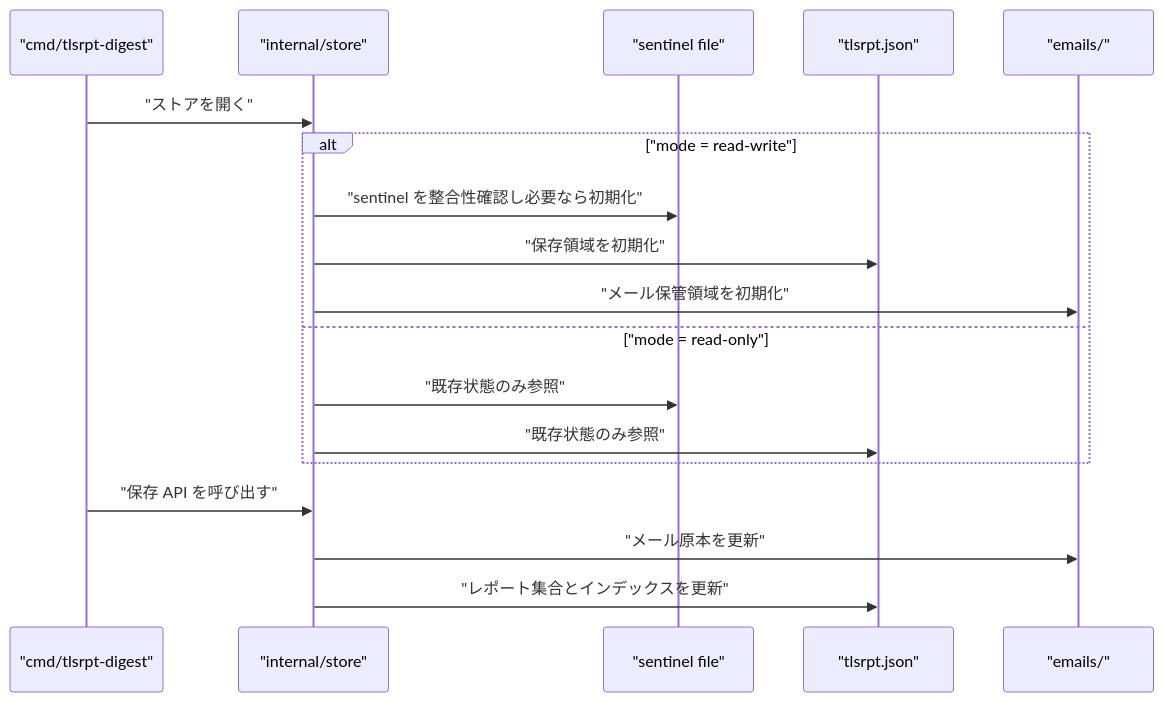
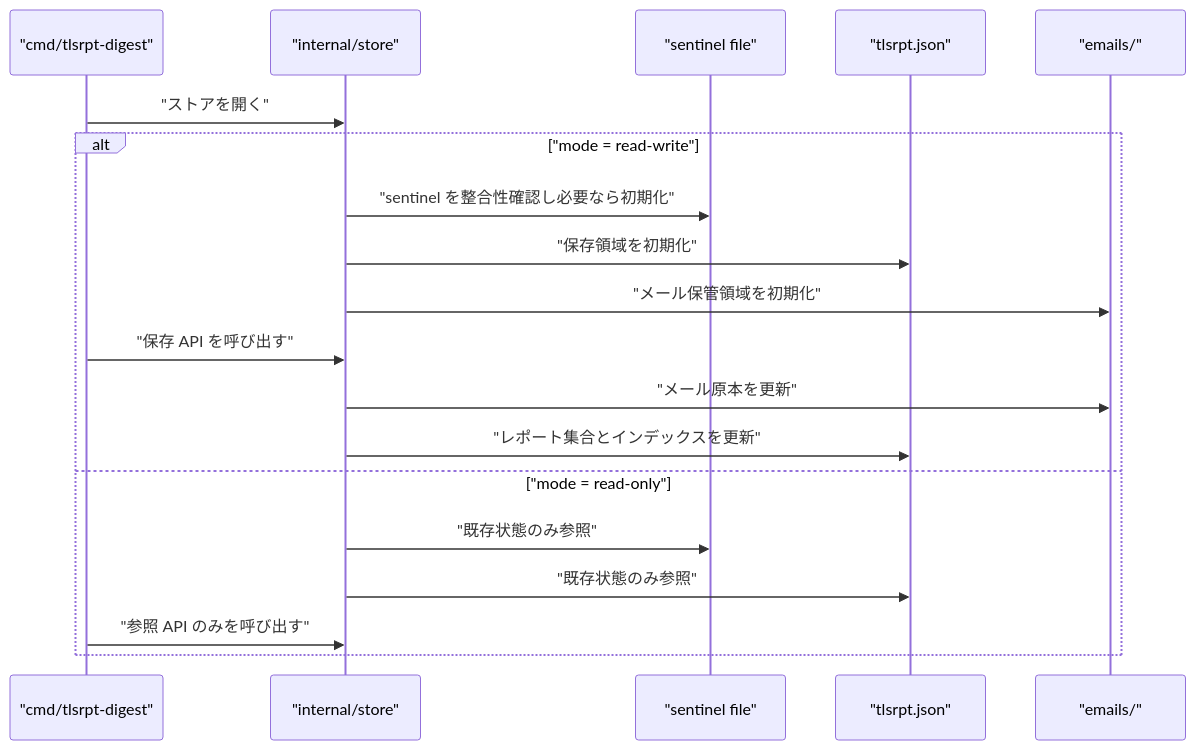
The fifth of 15 diagrams in docs/tasks/0040_store/02_architecture.md (isseis/tlsrpt-digest), drawn with Mermaid before and after one commit. The commit also changed other lines of this file, not shown here.

````diff
--- a/docs/tasks/0040_store/02_architecture.md
+++ b/docs/tasks/0040_store/02_architecture.md
@@ -150,21 +150,22 @@
 ```mermaid
 sequenceDiagram
     participant EP as "cmd/tlsrpt-digest"
     participant ST as "internal/store"
     participant SF as "sentinel file"
     participant DF as "tlsrpt.json"
     participant EF as "emails/"
 
     EP->>ST: "ストアを開く"
     alt "mode = read-write"
         ST->>SF: "sentinel を整合性確認し必要なら初期化"
         ST->>DF: "保存領域を初期化"
         ST->>EF: "メール保管領域を初期化"
+        EP->>ST: "保存 API を呼び出す"
+        ST->>EF: "メール原本を更新"
+        ST->>DF: "レポート集合とインデックスを更新"
     else "mode = read-only"
         ST->>SF: "既存状態のみ参照"
         ST->>DF: "既存状態のみ参照"
+        EP->>ST: "参照 API のみを呼び出す"
     end
-    EP->>ST: "保存 API を呼び出す"
-    ST->>EF: "メール原本を更新"
-    ST->>DF: "レポート集合とインデックスを更新"
 ```
````
